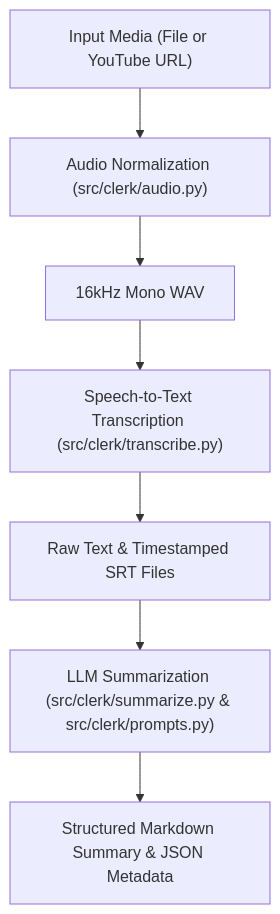
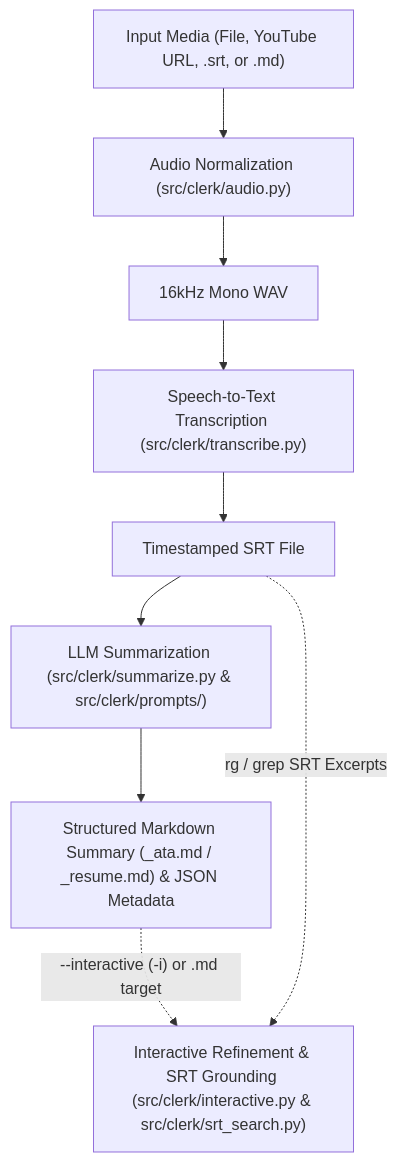
One commit to ArtroxGabriel/clerk changed the diagram in docs/index.md. Above: the diagram before and after it, drawn with Mermaid. The commit also changed other lines of this file and 7 other files, not shown here.

````diff
--- a/docs/index.md
+++ b/docs/index.md
@@ -11,9 +11,11 @@
 ```mermaid
 graph TD
-    A["Input Media (File or YouTube URL)"] --> B["Audio Normalization (src/clerk/audio.py)"]
+    A["Input Media (File, YouTube URL, .srt, or .md)"] --> B["Audio Normalization (src/clerk/audio.py)"]
     B --> C["16kHz Mono WAV"]
     C --> D["Speech-to-Text Transcription (src/clerk/transcribe.py)"]
-    D --> E["Raw Text & Timestamped SRT Files"]
-    E --> F["LLM Summarization (src/clerk/summarize.py & src/clerk/prompts.py)"]
-    F --> G["Structured Markdown Summary & JSON Metadata"]
+    D --> E["Timestamped SRT File"]
+    E --> F["LLM Summarization (src/clerk/summarize.py & src/clerk/prompts/)"]
+    F --> G["Structured Markdown Summary (_ata.md / _resume.md) & JSON Metadata"]
+    G -.->|"--interactive (-i) or .md target"| H["Interactive Refinement & SRT Grounding (src/clerk/interactive.py & src/clerk/srt_search.py)"]
+    E -.->|"rg / grep SRT Excerpts"| H
 ```
````
